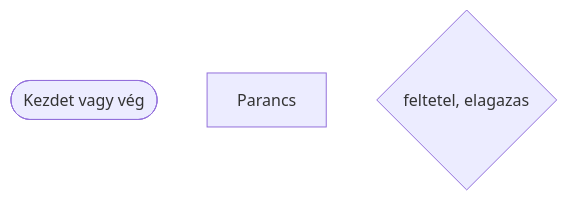
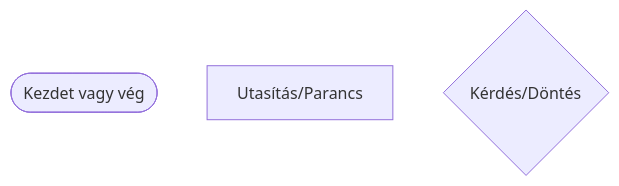
Before and after one commit to SpsKnSK/api: the first of 2 diagrams in Lessons_hu/01_Algorithms_hu.md, drawn with Mermaid. The commit also changed other lines of this file and 1 other file, not shown here.

````diff
--- a/Lessons_hu/01_Algorithms_hu.md
+++ b/Lessons_hu/01_Algorithms_hu.md
@@ -44,6 +47,6 @@
 ```mermaid
 flowchart TB
     kezdetVagyVeg([Kezdet vagy vég])
-    parancs[Parancs]
-    if{feltetel, elagazas}
+    parancs[Utasítás/Parancs]
+    if{Kérdés/Döntés}
 ```
````
